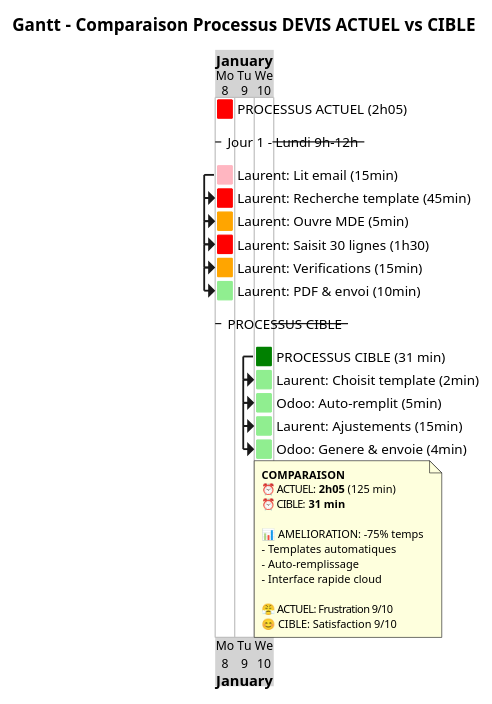
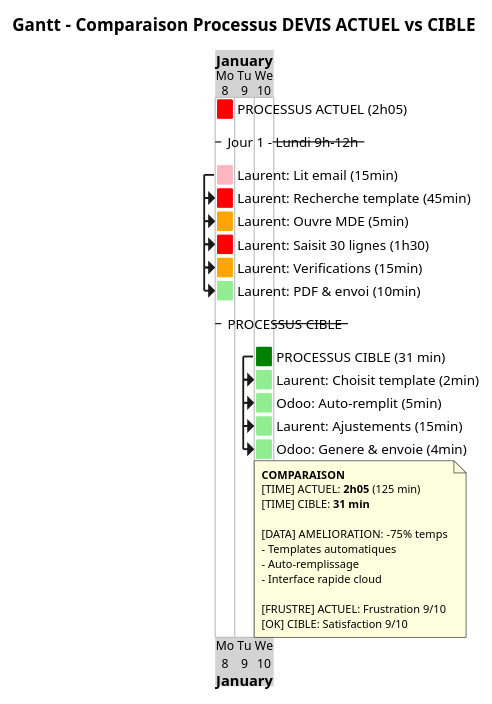
Before and after one commit to JordanSerafini/Audit_Duret: the diagram in Direction-Affaires/uml/11_gantt_comparaison.puml, drawn with PlantUML. The commit also changed 31 other files, not shown here.

```diff
--- a/Direction-Affaires/uml/11_gantt_comparaison.puml
+++ b/Direction-Affaires/uml/11_gantt_comparaison.puml
@@ -1,49 +1,49 @@
 @startgantt Gantt_Comparaison_Actuel_Cible
 
 title Gantt - Comparaison Processus DEVIS ACTUEL vs CIBLE
 
 printscale daily
 
 <style>
 ganttDiagram {
   timeline {
     BackgroundColor lightgray
   }
 }
 </style>
 
 Project starts 2024-01-08
 
 [PROCESSUS ACTUEL (2h05)] as [ACTUEL] lasts 1 day and is colored in Red
 
 -- Jour 1 - Lundi 9h-12h --
 [Laurent: Lit email (15min)] as [A1] lasts 1 day and is colored in LightPink
 [Laurent: Recherche template (45min)] as [A2] lasts 1 day and starts at [A1]'s start and is colored in Red
 [Laurent: Ouvre MDE (5min)] as [A3] lasts 1 day and starts at [A2]'s start and is colored in Orange
 [Laurent: Saisit 30 lignes (1h30)] as [A4] lasts 1 day and starts at [A3]'s start and is colored in Red
 [Laurent: Verifications (15min)] as [A5] lasts 1 day and starts at [A4]'s start and is colored in Orange
 [Laurent: PDF & envoi (10min)] as [A6] lasts 1 day and starts at [A5]'s start and is colored in LightGreen
 
 -- PROCESSUS CIBLE --
 [PROCESSUS CIBLE (31 min)] as [CIBLE] lasts 1 day and starts at 2024-01-10 and is colored in Green
 
 [Laurent: Choisit template (2min)] as [C1] lasts 1 day and starts at [CIBLE]'s start and is colored in LightGreen
 [Odoo: Auto-remplit (5min)] as [C2] lasts 1 day and starts at [C1]'s start and is colored in LightGreen
 [Laurent: Ajustements (15min)] as [C3] lasts 1 day and starts at [C2]'s start and is colored in LightGreen
 [Odoo: Genere & envoie (4min)] as [C4] lasts 1 day and starts at [C3]'s start and is colored in LightGreen
 
 note bottom
   **COMPARAISON**
-  ⏰ ACTUEL: **2h05** (125 min)
-  ⏰ CIBLE: **31 min**
+  [TIME] ACTUEL: **2h05** (125 min)
+  [TIME] CIBLE: **31 min**
 
-  📊 AMELIORATION: -75% temps
+  [DATA] AMELIORATION: -75% temps
   - Templates automatiques
   - Auto-remplissage
   - Interface rapide cloud
 
-  😤 ACTUEL: Frustration 9/10
-  😊 CIBLE: Satisfaction 9/10
+  [FRUSTRE] ACTUEL: Frustration 9/10
+  [OK] CIBLE: Satisfaction 9/10
 end note
 
 @endgantt
```
